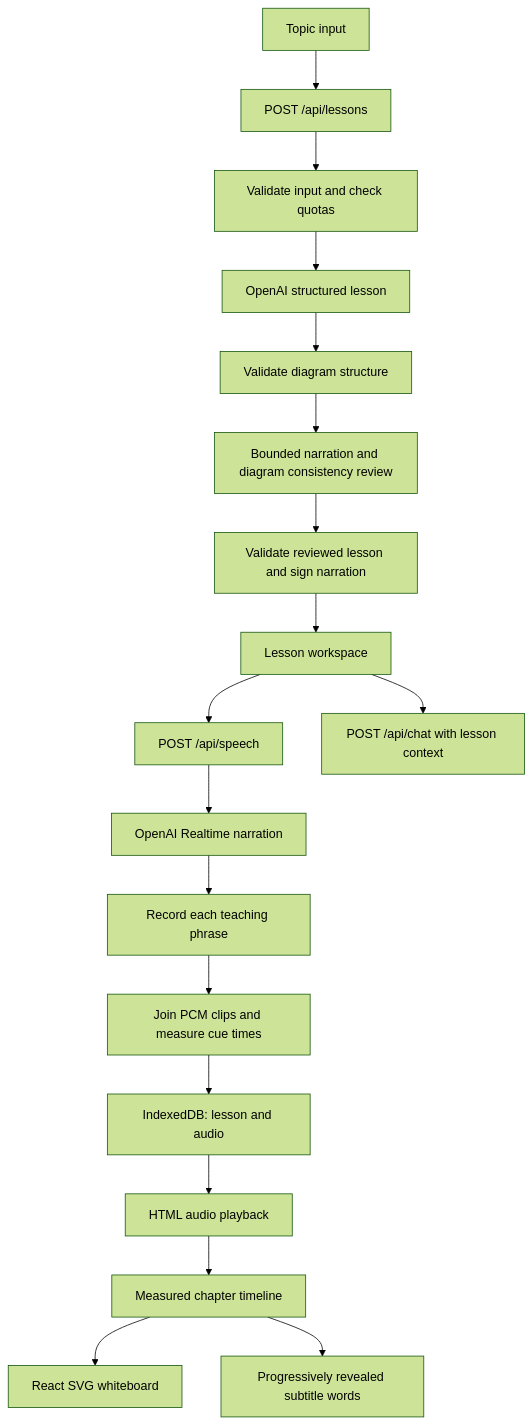
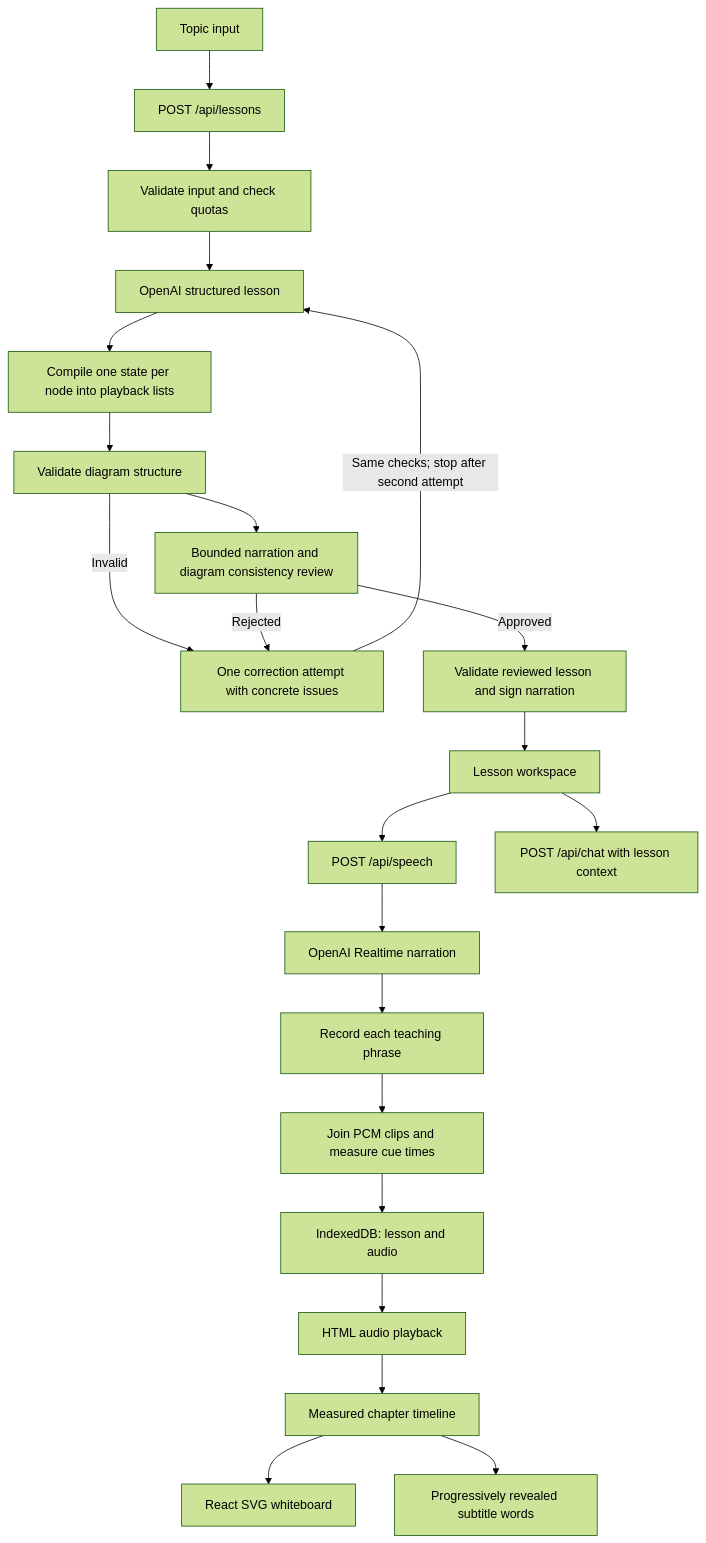
Before and after one commit to sivasai1000/ai-whiteboard-tutor: the diagram in docs/architecture.md, drawn with Mermaid (forest theme). The commit also changed other lines of this file and 43 other files, not shown here.

````diff
--- a/docs/architecture.md
+++ b/docs/architecture.md
@@ -11,20 +11,24 @@
 ```mermaid
 flowchart TD
   User[Topic input] --> Route[POST /api/lessons]
   Route --> Validate[Validate input and check quotas]
   Validate --> LLM[OpenAI structured lesson]
-  LLM --> Structure[Validate diagram structure]
+  LLM --> Compile[Compile one state per node into playback lists]
+  Compile --> Structure[Validate diagram structure]
   Structure --> Review[Bounded narration and diagram consistency review]
-  Review --> Check[Validate reviewed lesson and sign narration]
+  Structure -->|Invalid| Repair[One correction attempt with concrete issues]
+  Review -->|Rejected| Repair
+  Repair -->|Same checks; stop after second attempt| LLM
+  Review -->|Approved| Check[Validate reviewed lesson and sign narration]
   Check --> Browser[Lesson workspace]
   Browser --> Speech[POST /api/speech]
   Speech --> Voice[OpenAI Realtime narration]
   Voice --> Phrases[Record each teaching phrase]
   Phrases --> WAV[Join PCM clips and measure cue times]
   WAV --> Store[IndexedDB: lesson and audio]
   Store --> Player[HTML audio playback]
   Player --> Clock[Measured chapter timeline]
   Clock --> SVG[React SVG whiteboard]
   Clock --> Captions[Progressively revealed subtitle words]
   Browser --> Chat[POST /api/chat with lesson context]
 ```
````
